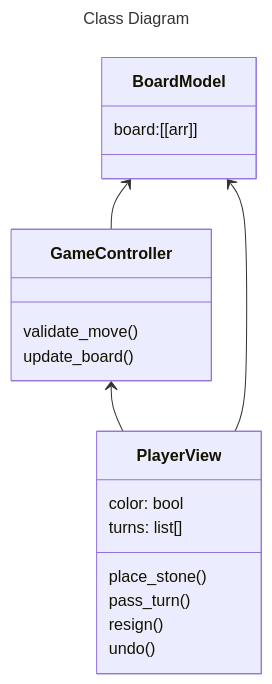
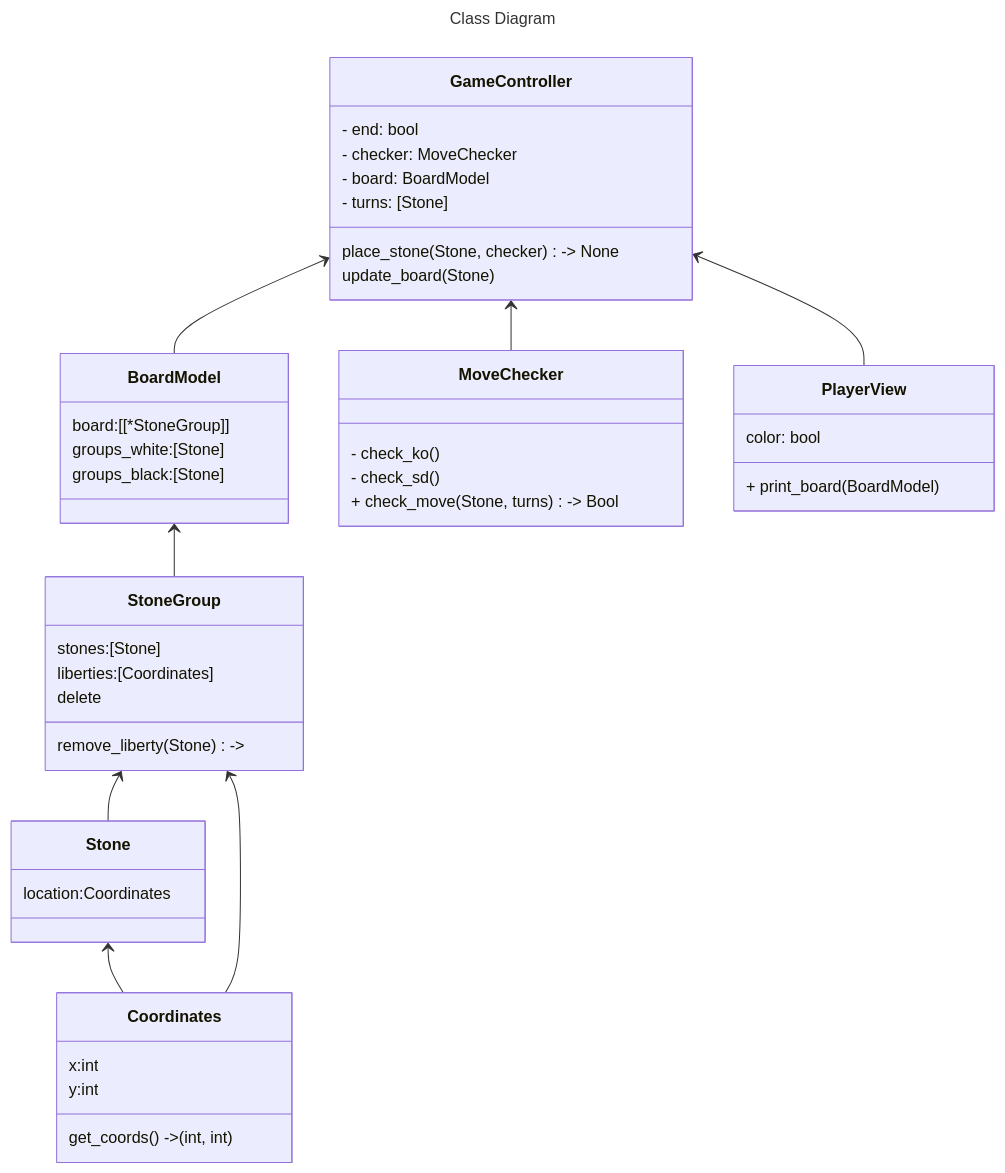
One commit to adeshkadambi/go changed the diagram in README.md. Above: the diagram before and after it, drawn with Mermaid. The commit also changed other lines of this file, not shown here.

Commit message:
class diagram v2

````diff
--- a/README.md
+++ b/README.md
@@ -4,28 +4,60 @@
 ```mermaid
 ---
 title: Class Diagram
 ---
 classDiagram
+
+    GameController <-- BoardModel
+    BoardModel <-- StoneGroup
+    StoneGroup <-- Stone
+    GameController <-- MoveChecker
     GameController <-- PlayerView
-    BoardModel <-- GameController
-    BoardModel <-- PlayerView
+    Stone <-- Coordinates
+    StoneGroup <-- Coordinates
 
     class BoardModel {
-        board:[[arr]]
+        board:[[*StoneGroup]]
+        groups_white:[Stone]
+        groups_black:[Stone]
     }
 
     class GameController {
-        validate_move()
-        
-        update_board()
+        - end: bool
+        - checker: MoveChecker
+        - board: BoardModel
+        - turns: [Stone]
+
+        place_stone(Stone, checker) -> None
+        update_board(Stone)
+    }
+
+    class MoveChecker{
+        - check_ko()
+        - check_sd()
+        + check_move(Stone, turns) -> Bool
     }
 
     class PlayerView {
         color: bool
-        turns: list[<int,int>]
-        place_stone()
-        pass_turn()
-        resign()
-        undo()
+
+        + print_board(BoardModel)
+    }
+
+    class Stone {
+        location:Coordinates
+    }
+
+    class Coordinates {
+        x:int
+        y:int
+        get_coords() -> (int, int)
+    }
+
+    class StoneGroup {
+        stones:[Stone]
+        liberties:[Coordinates]
+
+        remove_liberty(Stone) ->
+        delete   
     }
 ```
````
